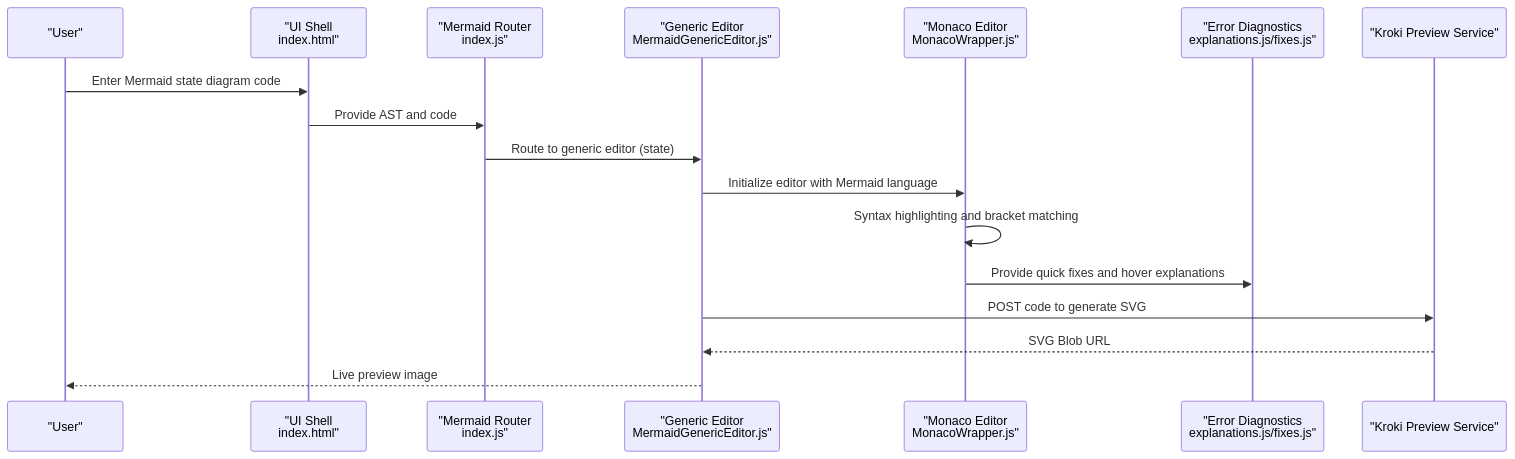
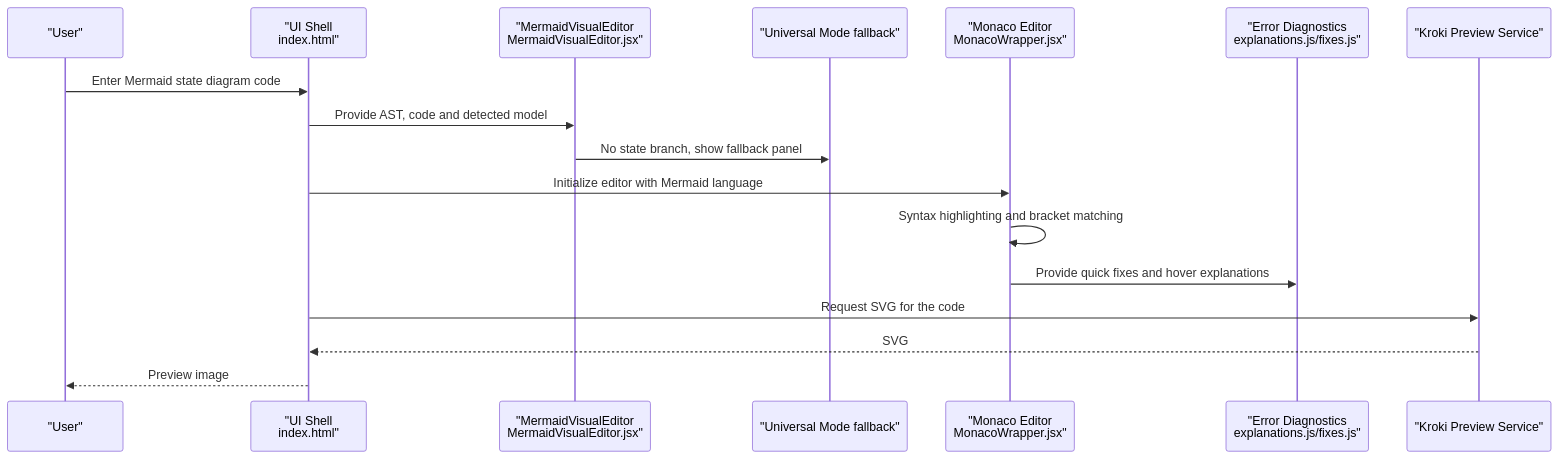
The second of 4 diagrams in .qoder/repowiki/en/content/Diagram Types and Formats/Mermaid Diagrams/State Diagrams.md (ongchonghian/universal-diagram-editor), drawn with Mermaid before and after one commit. The commit also changed other lines of this file and 31 other files, not shown here.

````diff
--- a/.qoder/repowiki/en/content/Diagram Types and Formats/Mermaid Diagrams/State Diagrams.md
+++ b/.qoder/repowiki/en/content/Diagram Types and Formats/Mermaid Diagrams/State Diagrams.md
@@ -84,19 +80,19 @@
 ```mermaid
 sequenceDiagram
 participant User as "User"
 participant UI as "UI Shell<br/>index.html"
-participant Router as "Mermaid Router<br/>index.js"
-participant Editor as "Generic Editor<br/>MermaidGenericEditor.js"
-participant Monaco as "Monaco Editor<br/>MonacoWrapper.js"
+participant Router as "MermaidVisualEditor<br/>MermaidVisualEditor.jsx"
+participant Editor as "Universal Mode fallback"
+participant Monaco as "Monaco Editor<br/>MonacoWrapper.jsx"
 participant Diag as "Error Diagnostics<br/>explanations.js/fixes.js"
 participant Remote as "Kroki Preview Service"
 User->>UI : Enter Mermaid state diagram code
-UI->>Router : Provide AST and code
-Router->>Editor : Route to generic editor (state)
-Editor->>Monaco : Initialize editor with Mermaid language
+UI->>Router : Provide AST, code and detected model
+Router->>Editor : No state branch, show fallback panel
+UI->>Monaco : Initialize editor with Mermaid language
 Monaco->>Monaco : Syntax highlighting and bracket matching
 Monaco->>Diag : Provide quick fixes and hover explanations
-Editor->>Remote : POST code to generate SVG
-Remote-->>Editor : SVG Blob URL
-Editor-->>User : Live preview image
+UI->>Remote : Request SVG for the code
+Remote-->>UI : SVG
+UI-->>User : Preview image
 ```
````
